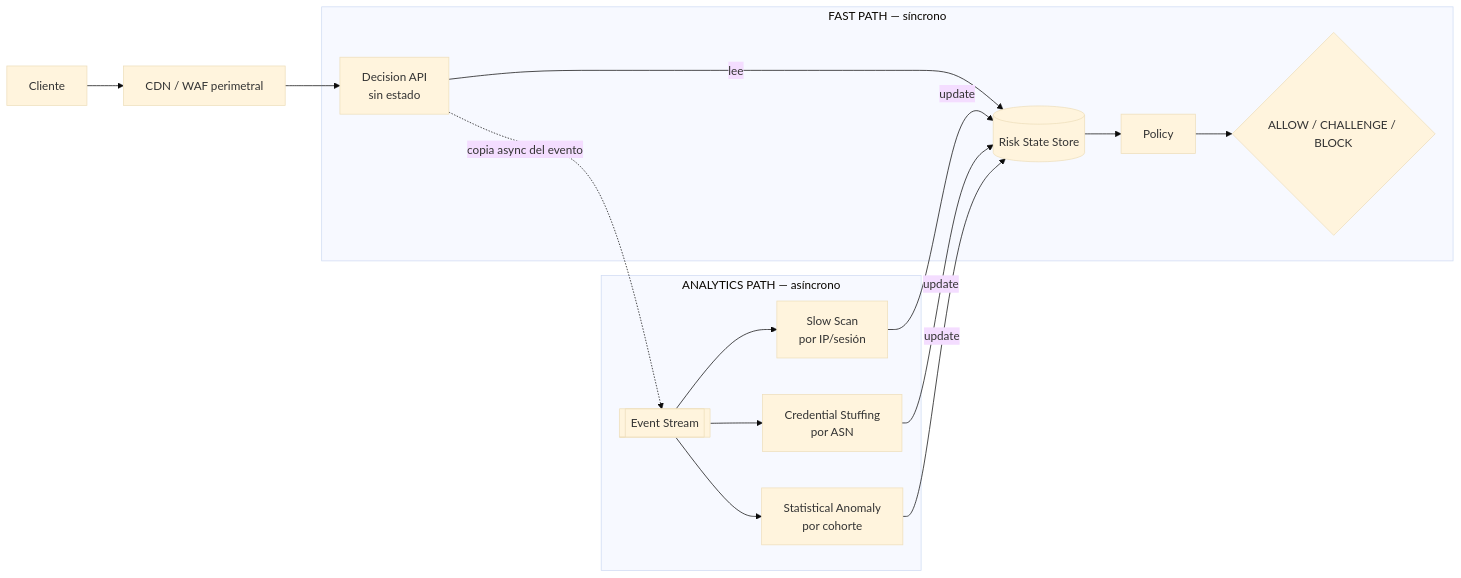
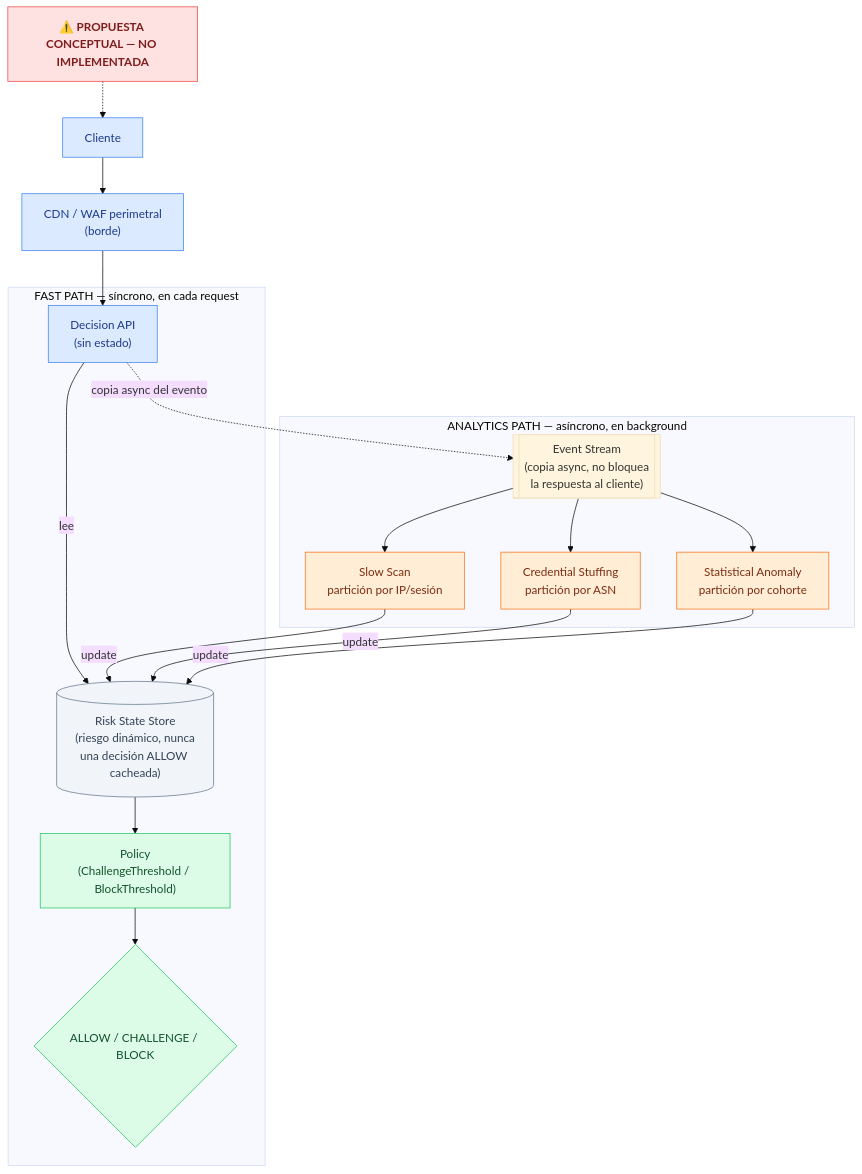
One commit to snelly1903/MeLi-waf-behavior-engine changed the diagram in docs/scaling-1b-rph.md. Above: the diagram before and after it, drawn with Mermaid (base theme). The commit also changed other lines of this file and 1 other file, not shown here.

Commit message:
fix readme and scaling propose

````diff
--- a/docs/scaling-1b-rph.md
+++ b/docs/scaling-1b-rph.md
@@ -80,30 +51,55 @@
 ```mermaid
-flowchart LR
-    Client[Cliente] --> CDN[CDN / WAF perimetral]
-    CDN --> API[Decision API<br/>sin estado]
-    API -->|lee| Store[(Risk State Store)]
-    Store --> Policy[Policy]
-    Policy --> Decision{ALLOW / CHALLENGE / BLOCK}
+flowchart TD
+    Banner["⚠️ PROPUESTA CONCEPTUAL — NO IMPLEMENTADA"]
 
-    API -.->|copia async del evento| Stream[[Event Stream]]
-    Stream --> SS[Slow Scan<br/>por IP/sesión]
-    Stream --> CS[Credential Stuffing<br/>por ASN]
-    Stream --> SA[Statistical Anomaly<br/>por cohorte]
-    SS -->|update| Store
-    CS -->|update| Store
-    SA -->|update| Store
+    Client[Cliente]
+    CDN["CDN / WAF perimetral<br/>(borde)"]
+    API["Decision API<br/>(sin estado)"]
+    Store[("Risk State Store<br/>(riesgo dinámico, nunca<br/>una decisión ALLOW cacheada)")]
+    PolicyBox["Policy<br/>(ChallengeThreshold / BlockThreshold)"]
+    DecisionBox{"ALLOW / CHALLENGE / BLOCK"}
 
-    subgraph FastPath["FAST PATH — síncrono"]
+    Stream[["Event Stream<br/>(copia async, no bloquea<br/>la respuesta al cliente)"]]
+    SS["Slow Scan<br/>partición por IP/sesión"]
+    CS["Credential Stuffing<br/>partición por ASN"]
+    SA["Statistical Anomaly<br/>partición por cohorte"]
+
+    Banner -.-> Client
+    Client --> CDN --> API
+    API -->|"lee"| Store
+    Store --> PolicyBox --> DecisionBox
+
+    API -.->|"copia async del evento"| Stream
+    Stream --> SS
+    Stream --> CS
+    Stream --> SA
+    SS -->|"update"| Store
+    CS -->|"update"| Store
+    SA -->|"update"| Store
+
+    subgraph FastPath["FAST PATH — síncrono, en cada request"]
         API
         Store
-        Policy
-        Decision
+        PolicyBox
+        DecisionBox
     end
 
-    subgraph AnalyticsPath["ANALYTICS PATH — asíncrono"]
+    subgraph AnalyticsPath["ANALYTICS PATH — asíncrono, en background"]
         Stream
         SS
         CS
         SA
     end
+
+    classDef entrada fill:#dbeafe,stroke:#3b82f6,color:#1e3a8a
+    classDef detector fill:#ffedd5,stroke:#f97316,color:#7c2d12
+    classDef estado fill:#f1f5f9,stroke:#64748b,color:#334155
+    classDef decision fill:#dcfce7,stroke:#22c55e,color:#14532d
+    classDef banner fill:#fee2e2,stroke:#ef4444,color:#7f1d1d,font-weight:bold
+
+    class Client,CDN,API entrada
+    class SS,CS,SA detector
+    class Store estado
+    class PolicyBox,DecisionBox decision
+    class Banner banner
 ```
````
